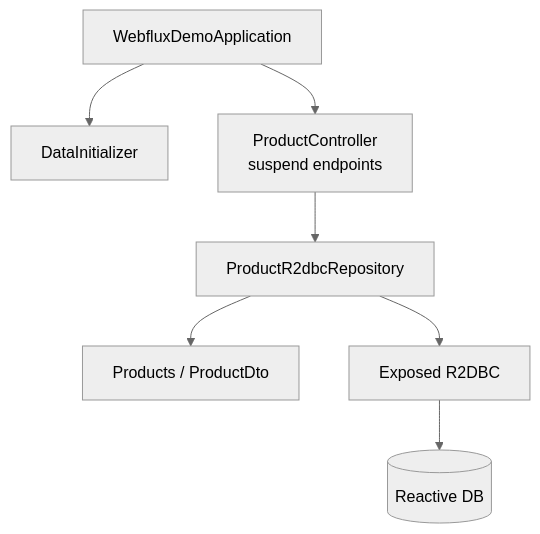
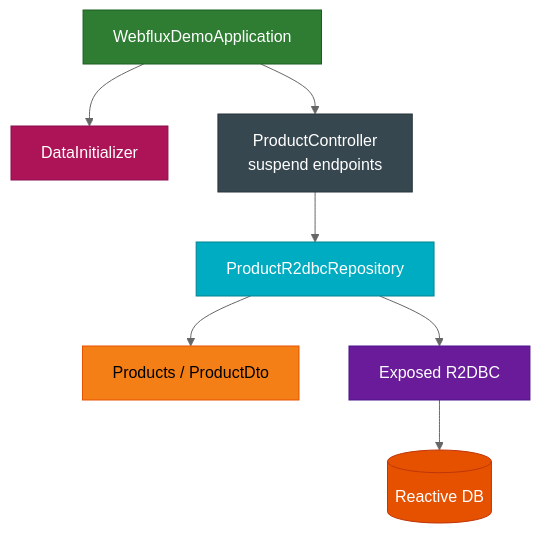
One commit to bluetape4k/bluetape4k-projects changed the second of 2 diagrams in spring-boot4/exposed-r2dbc-demo/README.ko.md. Above: the diagram before and after it, drawn with Mermaid (neutral theme). The commit also changed other lines of this file and 221 other files, not shown here.

First line of the commit message:
docs: 전체 모듈 README UML 다이어그램 보강 및 색상 업그레이드

````diff
--- a/spring-boot4/exposed-r2dbc-demo/README.ko.md
+++ b/spring-boot4/exposed-r2dbc-demo/README.ko.md
@@ -64,17 +71,33 @@
 ```mermaid
 flowchart TD
     App["WebfluxDemoApplication"]
     Init["DataInitializer"]
     Controller["ProductController<br/>suspend endpoints"]
     Repo["ProductR2dbcRepository"]
     Table["Products / ProductDto"]
     R2DBC["Exposed R2DBC"]
     DB[("Reactive DB")]
 
     App --> Init
     App --> Controller
     Controller --> Repo
     Repo --> Table
     Repo --> R2DBC
     R2DBC --> DB
+
+    classDef appStyle fill:#2E7D32,stroke:#1B5E20,color:#FFFFFF
+    classDef initStyle fill:#AD1457,stroke:#880E4F,color:#FFFFFF
+    classDef controllerStyle fill:#37474F,stroke:#263238,color:#FFFFFF
+    classDef repoStyle fill:#00ACC1,stroke:#00838F,color:#FFFFFF
+    classDef tableStyle fill:#F57F17,stroke:#E65100,color:#000000
+    classDef r2dbcStyle fill:#6A1B9A,stroke:#4A148C,color:#FFFFFF
+    classDef dbStyle fill:#E65100,stroke:#BF360C,color:#FFFFFF
+
+    class App appStyle
+    class Init initStyle
+    class Controller controllerStyle
+    class Repo repoStyle
+    class Table tableStyle
+    class R2DBC r2dbcStyle
+    class DB dbStyle
 ```
````
